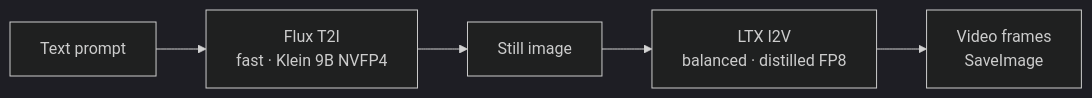
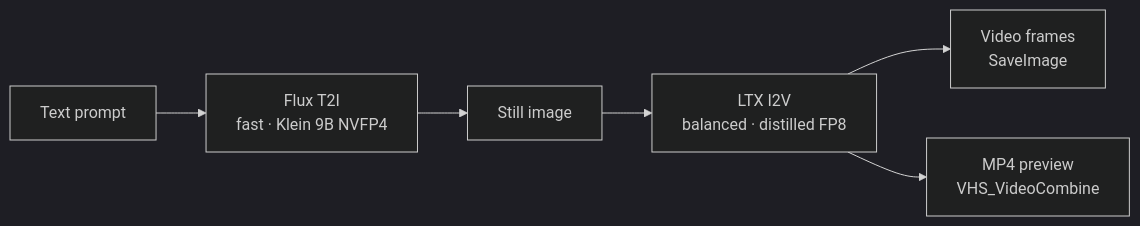
One commit to toxicoder/ez-comfy-stack changed the second of 5 diagrams in docs/visual-generative-ai.md. Above: the diagram before and after it, drawn with Mermaid (dark theme). The commit also changed other lines of this file and 22 other files, not shown here.

First line of the commit message:
feat: ship VideoHelperSuite and MP4 output for LTX lab examples

````diff
--- a/docs/visual-generative-ai.md
+++ b/docs/visual-generative-ai.md
@@ -78,7 +78,8 @@
 ```mermaid
 flowchart LR
   Prompt["Text prompt"] --> Flux["Flux T2I<br/>fast · Klein 9B NVFP4"]
   Flux --> Image["Still image"]
   Image --> LTX["LTX I2V<br/>balanced · distilled FP8"]
   LTX --> Frames["Video frames<br/>SaveImage"]
+  LTX --> Mp4["MP4 preview<br/>VHS_VideoCombine"]
 ```
````
